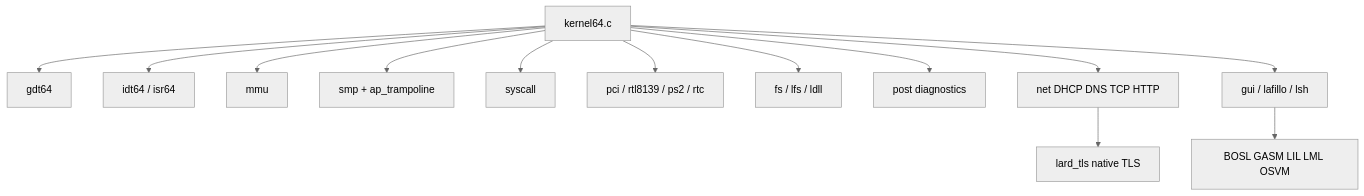
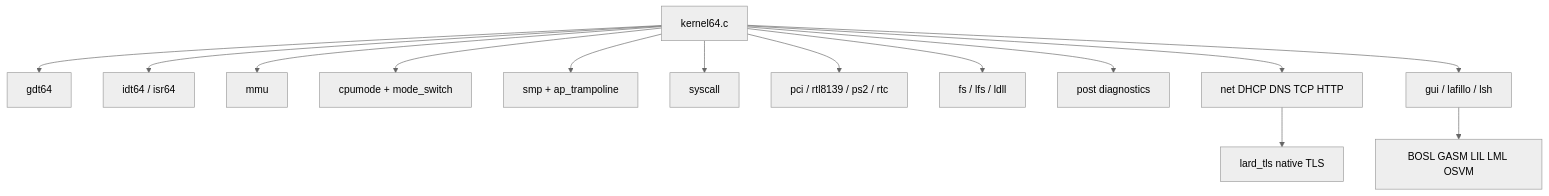
One commit to jgchoimd-web/lardos changed the second of 4 diagrams in os/ARCHITECTURE.md. Above: the diagram before and after it, drawn with Mermaid (neutral theme). The commit also changed other lines of this file and 15 other files, not shown here.

Commit message:
Add CPU mode bridge

````diff
--- a/os/ARCHITECTURE.md
+++ b/os/ARCHITECTURE.md
@@ -43,29 +49,31 @@
 ```mermaid
 flowchart TB
     Kmain["kernel64.c"]
     GDT["gdt64"]
     IDT["idt64 / isr64"]
     MMU["mmu"]
+    CpuMode["cpumode + mode_switch"]
     SMP["smp + ap_trampoline"]
     Syscall["syscall"]
     Drivers["pci / rtl8139 / ps2 / rtc"]
     Storage["fs / lfs / ldll"]
     POST["post diagnostics"]
     Net["net DHCP DNS TCP HTTP"]
     TLS["lard_tls native TLS"]
     GUI["gui / lafillo / lsh"]
     VM["BOSL GASM LIL LML OSVM"]
 
     Kmain --> GDT
     Kmain --> IDT
     Kmain --> MMU
+    Kmain --> CpuMode
     Kmain --> SMP
     Kmain --> Syscall
     Kmain --> Drivers
     Kmain --> Storage
     Kmain --> POST
     Kmain --> Net
     Net --> TLS
     Kmain --> GUI
     GUI --> VM
 ```
````
